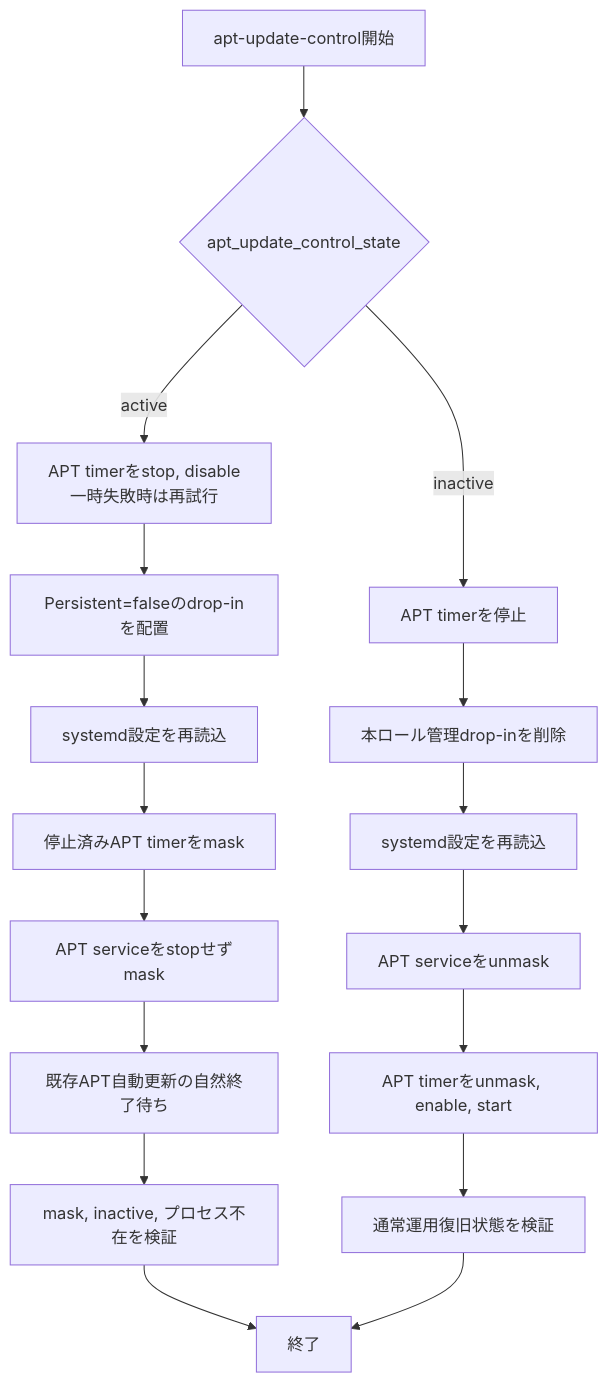
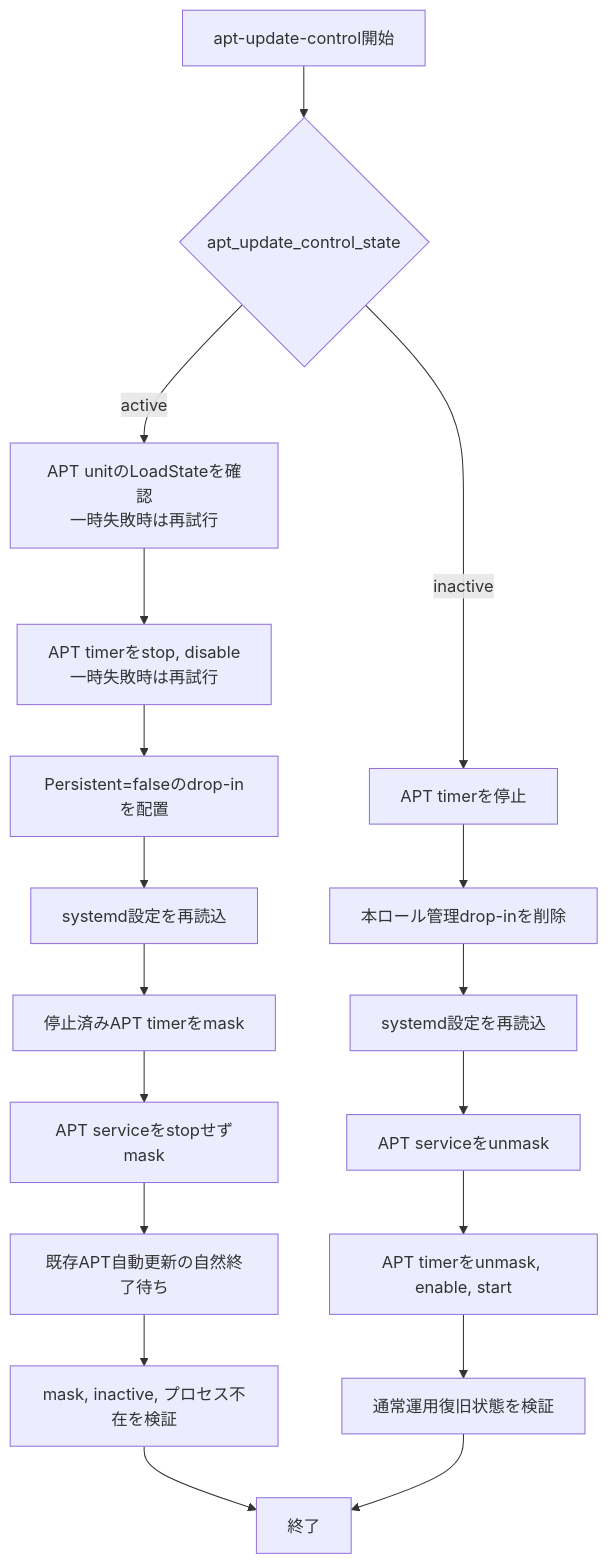
One commit to takeharukato/ansible-linux-setup changed the diagram in roles/apt-update-control/Readme.md. Above: the diagram before and after it, drawn with Mermaid. The commit also changed other lines of this file and 1 other file, not shown here.

Commit message:
修正概要: apt-update-controlロールのsystemd競合時のunit状態確認処理を再試行するよう修正。

````diff
--- a/roles/apt-update-control/Readme.md
+++ b/roles/apt-update-control/Readme.md
@@ -211,19 +211,20 @@
 ```mermaid
 flowchart TD
     S0["apt-update-control開始"] --> S1{"apt_update_control_state"}
-    S1 -- "active" --> A1["APT timerをstop, disable\n一時失敗時は再試行"]
+    S1 -- "active" --> A0["APT unitのLoadStateを確認\n一時失敗時は再試行"]
+    A0 --> A1["APT timerをstop, disable\n一時失敗時は再試行"]
     A1 --> A2["Persistent=falseのdrop-inを配置"]
     A2 --> A3["systemd設定を再読込"]
     A3 --> A4["停止済みAPT timerをmask"]
     A4 --> A5["APT serviceをstopせずmask"]
     A5 --> A6["既存APT自動更新の自然終了待ち"]
     A6 --> A7["mask, inactive, プロセス不在を検証"]
     A7 --> S9["終了"]
     S1 -- "inactive" --> D1["APT timerを停止"]
     D1 --> D2["本ロール管理drop-inを削除"]
     D2 --> D3["systemd設定を再読込"]
     D3 --> D4["APT serviceをunmask"]
     D4 --> D5["APT timerをunmask, enable, start"]
     D5 --> D6["通常運用復旧状態を検証"]
     D6 --> S9
 ```
````
